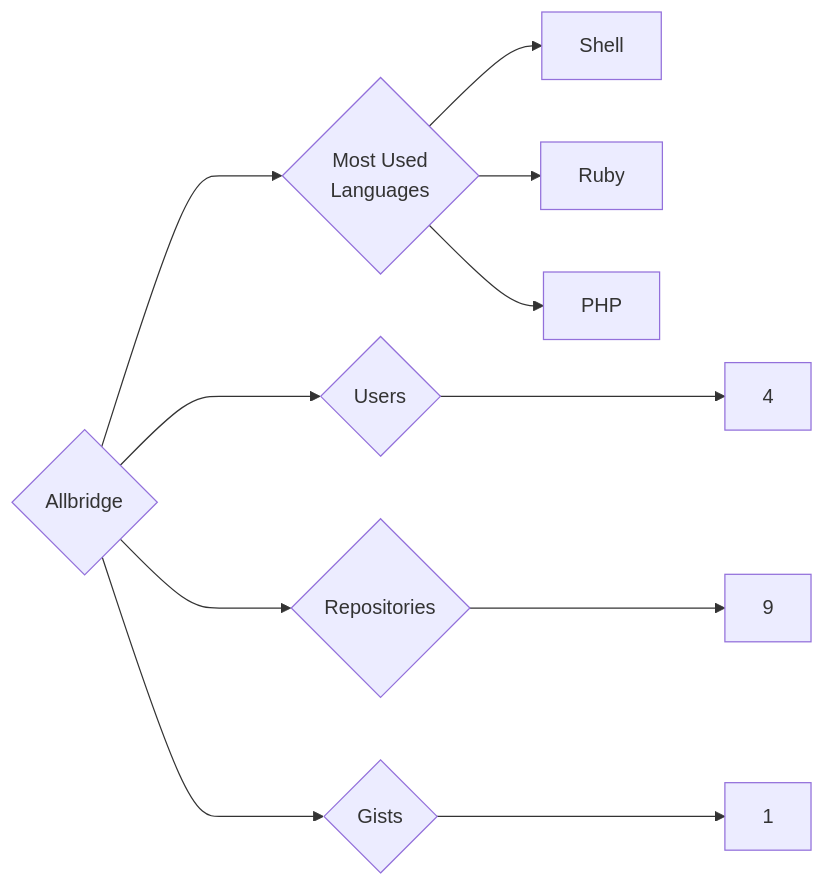
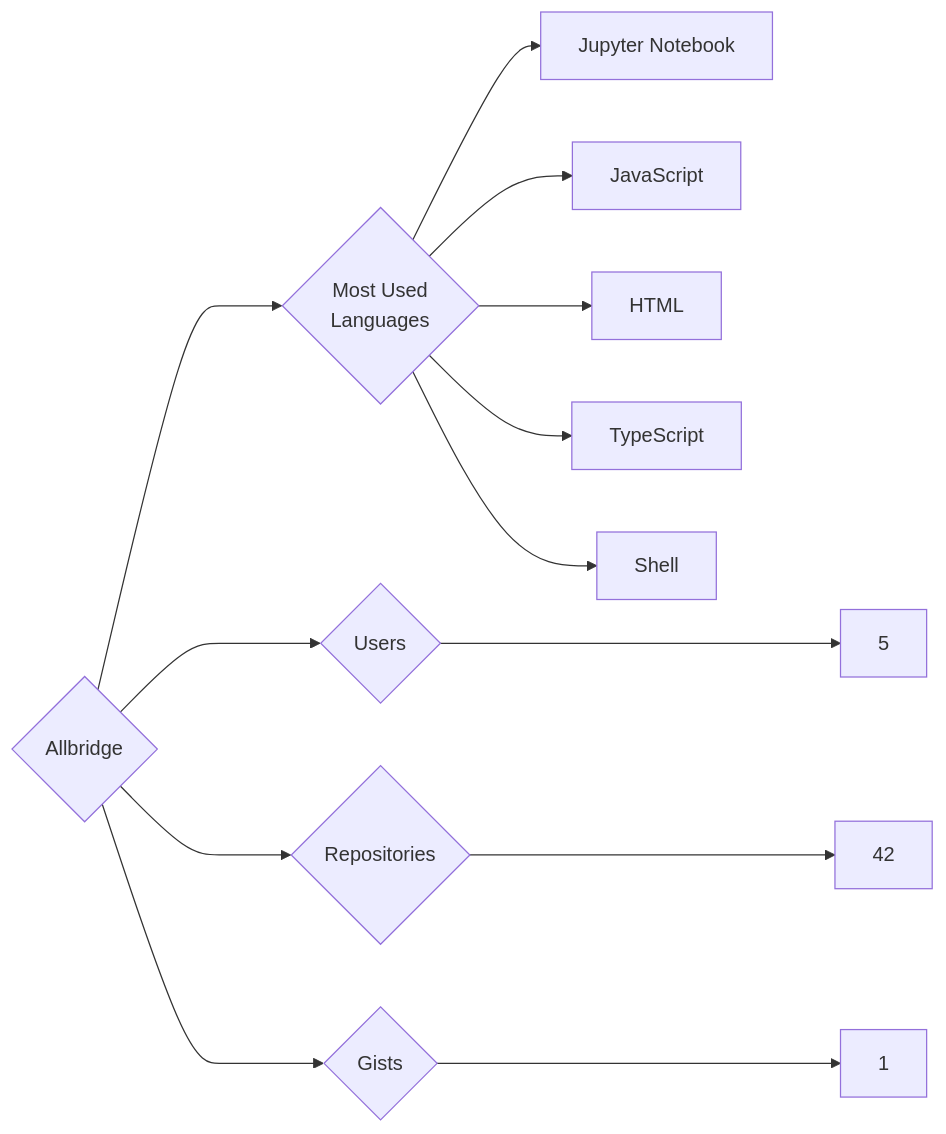
The diagram in targets/Allbridge/README.md (trickest/insiders), drawn with Mermaid before and after one commit. The commit also changed 938 other files, not shown here.

````diff
--- a/targets/Allbridge/README.md
+++ b/targets/Allbridge/README.md
@@ -3,11 +3,13 @@
 ```mermaid
 graph LR
 COMPANY_NAME{Allbridge}
-COMPANY_NAME ---> U{Users} ---> UN[4]
-COMPANY_NAME ---> R{Repositories} ---> RN[9]
+COMPANY_NAME ---> U{Users} ---> UN[5]
+COMPANY_NAME ---> R{Repositories} ---> RN[42]
 COMPANY_NAME ---> G{Gists} ---> GN[1]
 COMPANY_NAME ---> ML{Most Used<br>Languages}
+ML --> Jupyter_Notebook[Jupyter Notebook]
+ML --> JavaScript[JavaScript]
+ML --> HTML[HTML]
+ML --> TypeScript[TypeScript]
 ML --> Shell[Shell]
-ML --> Ruby[Ruby]
-ML --> PHP[PHP]
 ```
````
